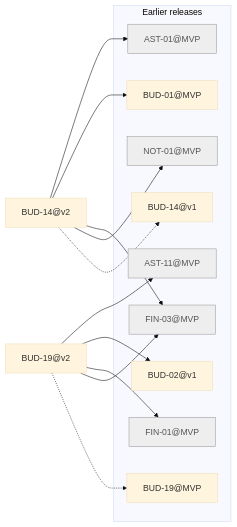
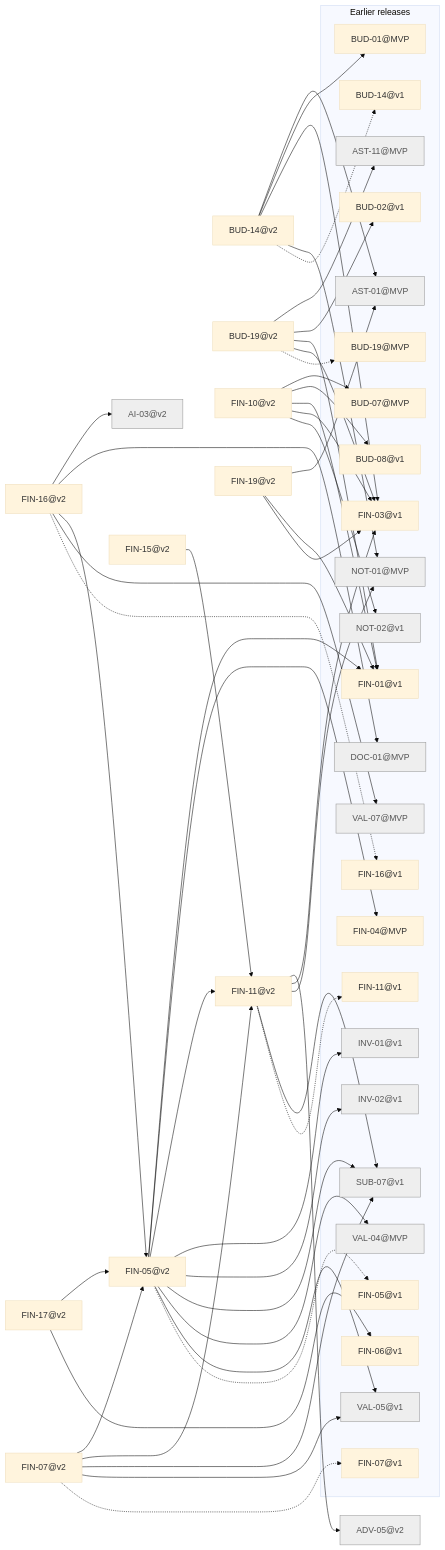
Before and after one commit to minakovval/Willowsum: the diagram in docs/traceability/release-v2.md, drawn with Mermaid (base theme). The commit also changed other lines of this file and 165 other files, not shown here.

First line of the commit message:
FIN-01: migrate FIN, IMP and DAT to release slices; BUD-17 one budget in PoC (#36)

````diff
--- a/docs/traceability/release-v2.md
+++ b/docs/traceability/release-v2.md
@@ -18,28 +26,89 @@
 ```mermaid
 flowchart LR
+  ADV_05_v2["ADV-05@v2"]
+  AI_03_v2["AI-03@v2"]
   BUD_14_v2["BUD-14@v2"]
   BUD_19_v2["BUD-19@v2"]
+  FIN_05_v2["FIN-05@v2"]
+  FIN_07_v2["FIN-07@v2"]
+  FIN_10_v2["FIN-10@v2"]
+  FIN_11_v2["FIN-11@v2"]
+  FIN_15_v2["FIN-15@v2"]
+  FIN_16_v2["FIN-16@v2"]
+  FIN_17_v2["FIN-17@v2"]
+  FIN_19_v2["FIN-19@v2"]
   subgraph earlier["Earlier releases"]
     AST_01_MVP["AST-01@MVP"]
     AST_11_MVP["AST-11@MVP"]
     BUD_01_MVP["BUD-01@MVP"]
     BUD_02_v1["BUD-02@v1"]
+    BUD_07_MVP["BUD-07@MVP"]
+    BUD_08_v1["BUD-08@v1"]
     BUD_14_v1["BUD-14@v1"]
     BUD_19_MVP["BUD-19@MVP"]
-    FIN_01_MVP["FIN-01@MVP"]
-    FIN_03_MVP["FIN-03@MVP"]
+    DOC_01_MVP["DOC-01@MVP"]
+    FIN_01_v1["FIN-01@v1"]
+    FIN_03_v1["FIN-03@v1"]
+    FIN_04_MVP["FIN-04@MVP"]
+    FIN_05_v1["FIN-05@v1"]
+    FIN_06_v1["FIN-06@v1"]
+    FIN_07_v1["FIN-07@v1"]
+    FIN_11_v1["FIN-11@v1"]
+    FIN_16_v1["FIN-16@v1"]
+    INV_01_v1["INV-01@v1"]
+    INV_02_v1["INV-02@v1"]
     NOT_01_MVP["NOT-01@MVP"]
+    NOT_02_v1["NOT-02@v1"]
+    SUB_07_v1["SUB-07@v1"]
+    VAL_04_MVP["VAL-04@MVP"]
+    VAL_05_v1["VAL-05@v1"]
+    VAL_07_MVP["VAL-07@MVP"]
   end
   BUD_14_v2 --> AST_01_MVP
   BUD_14_v2 --> BUD_01_MVP
-  BUD_14_v2 --> FIN_03_MVP
+  BUD_14_v2 --> FIN_03_v1
   BUD_14_v2 --> NOT_01_MVP
   BUD_14_v2 -.-> BUD_14_v1
   BUD_19_v2 --> AST_11_MVP
   BUD_19_v2 --> BUD_02_v1
-  BUD_19_v2 --> FIN_01_MVP
-  BUD_19_v2 --> FIN_03_MVP
+  BUD_19_v2 --> FIN_01_v1
+  BUD_19_v2 --> FIN_03_v1
   BUD_19_v2 -.-> BUD_19_MVP
+  FIN_05_v2 --> FIN_01_v1
+  FIN_05_v2 --> FIN_04_MVP
+  FIN_05_v2 --> FIN_11_v2
+  FIN_05_v2 --> INV_01_v1
+  FIN_05_v2 --> INV_02_v1
+  FIN_05_v2 --> SUB_07_v1
+  FIN_05_v2 --> VAL_04_MVP
+  FIN_05_v2 --> VAL_05_v1
+  FIN_05_v2 -.-> FIN_05_v1
+  FIN_07_v2 --> FIN_05_v2
+  FIN_07_v2 --> FIN_11_v2
+  FIN_07_v2 --> SUB_07_v1
+  FIN_07_v2 --> VAL_05_v1
+  FIN_07_v2 -.-> FIN_07_v1
+  FIN_10_v2 --> BUD_07_MVP
+  FIN_10_v2 --> BUD_08_v1
+  FIN_10_v2 --> FIN_01_v1
+  FIN_10_v2 --> FIN_03_v1
+  FIN_10_v2 --> NOT_02_v1
+  FIN_11_v2 --> ADV_05_v2
+  FIN_11_v2 --> FIN_03_v1
+  FIN_11_v2 --> NOT_01_MVP
+  FIN_11_v2 --> SUB_07_v1
+  FIN_11_v2 -.-> FIN_11_v1
+  FIN_15_v2 --> FIN_11_v2
+  FIN_16_v2 --> AI_03_v2
+  FIN_16_v2 --> DOC_01_MVP
+  FIN_16_v2 --> FIN_05_v2
+  FIN_16_v2 --> VAL_07_MVP
+  FIN_16_v2 -.-> FIN_16_v1
+  FIN_17_v2 --> FIN_05_v2
+  FIN_17_v2 --> FIN_06_v1
+  FIN_19_v2 --> AST_01_MVP
+  FIN_19_v2 --> FIN_01_v1
+  FIN_19_v2 --> FIN_03_v1
   classDef notMigrated fill:#eee,stroke:#999,color:#555
-  class AST_01_MVP,AST_11_MVP,FIN_01_MVP,FIN_03_MVP,NOT_01_MVP notMigrated
+  class ADV_05_v2,AI_03_v2,AST_01_MVP,AST_11_MVP,DOC_01_MVP,INV_01_v1,INV_02_v1,NOT_01_MVP,NOT_02_v1,SUB_07_v1,VAL_04_MVP,VAL_05_v1,VAL_07_MVP notMigrated
 ```
````
